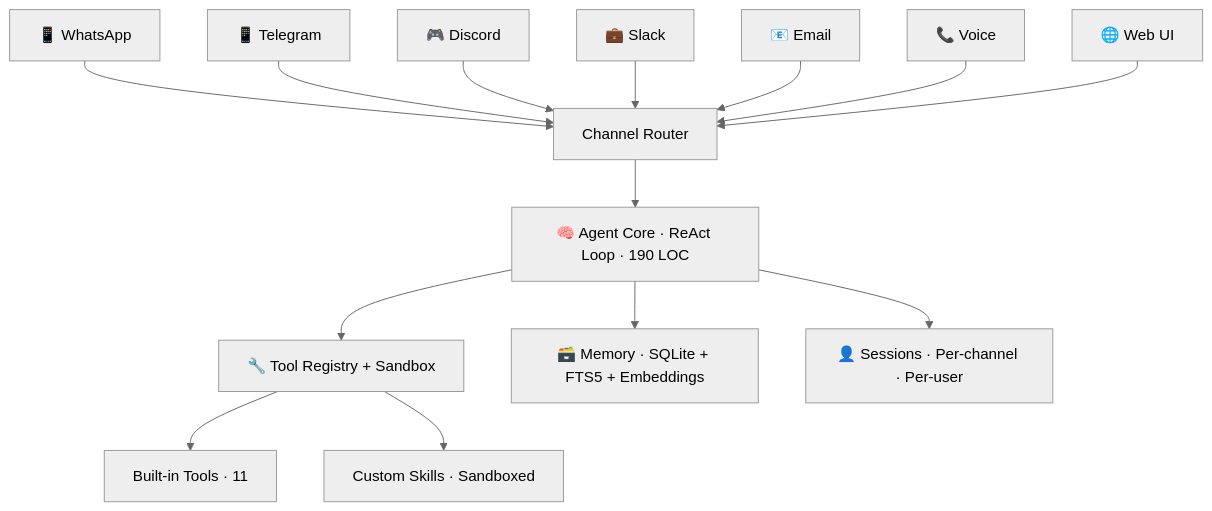
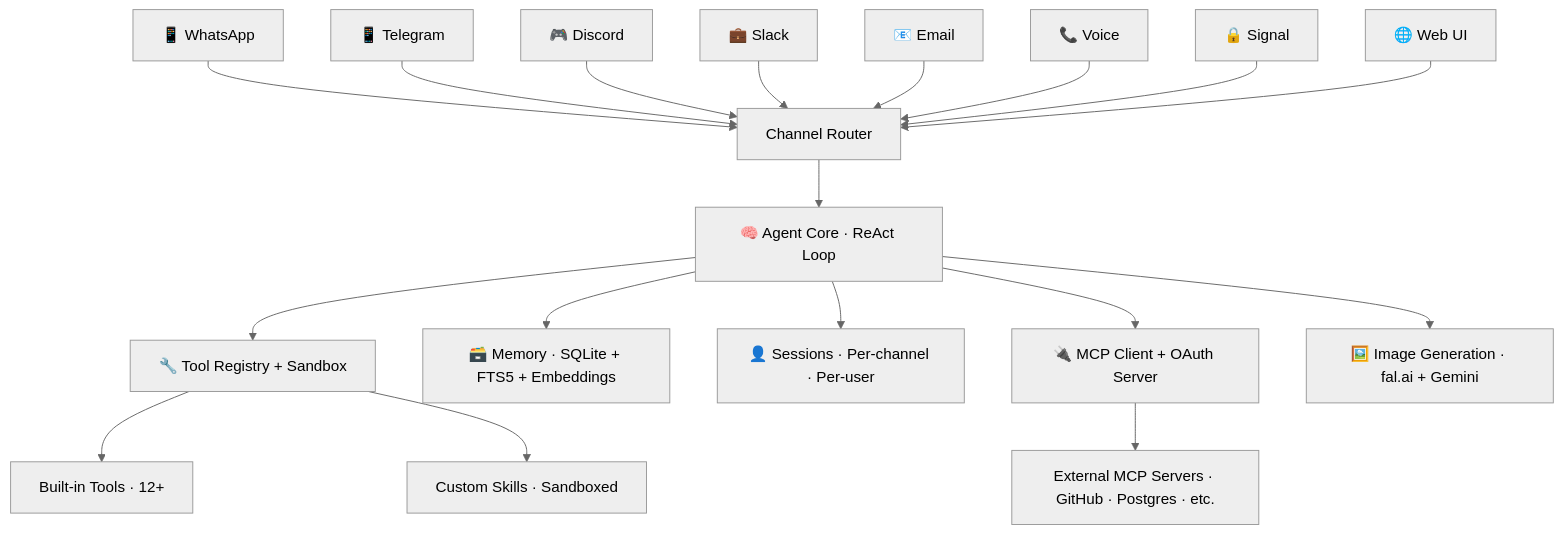
Before and after one commit to pincerhq/pincer: the diagram in README.md, drawn with Mermaid (neutral theme). The commit also changed other lines of this file, not shown here.

````diff
--- a/README.md
+++ b/README.md
@@ -394,19 +480,23 @@
 ```mermaid
 graph TD
-    WA[📱 WhatsApp] --> CR[Channel Router]
-    TG[📱 Telegram] --> CR
-    DC[🎮 Discord] --> CR
-    SL[💼 Slack] --> CR
-    EM[📧 Email] --> CR
-    VC[📞 Voice] --> CR
-    WB[🌐 Web UI] --> CR
+    WA[📱 WhatsApp] --> CR[Channel Router]
+    TG[📱 Telegram] --> CR
+    DC[🎮 Discord] --> CR
+    SL[💼 Slack] --> CR
+    EM[📧 Email] --> CR
+    VC[📞 Voice] --> CR
+    SG[🔒 Signal] --> CR
+    WB[🌐 Web UI] --> CR
 
-    CR --> AC[🧠 Agent Core · ReAct Loop · 190 LOC]
+    CR --> AC[🧠 Agent Core · ReAct Loop]
 
-    AC --> TR[🔧 Tool Registry + Sandbox]
-    AC --> MM[🗃️ Memory · SQLite + FTS5 + Embeddings]
-    AC --> SS[👤 Sessions · Per-channel · Per-user]
+    AC --> TR[🔧 Tool Registry + Sandbox]
+    AC --> MM[🗃️ Memory · SQLite + FTS5 + Embeddings]
+    AC --> SS[👤 Sessions · Per-channel · Per-user]
+    AC --> MCP[🔌 MCP Client + OAuth Server]
+    AC --> IMG[🖼️ Image Generation · fal.ai + Gemini]
 
-    TR --> BT[Built-in Tools · 11]
-    TR --> SK[Custom Skills · Sandboxed]
+    TR --> BT[Built-in Tools · 12+]
+    TR --> SK[Custom Skills · Sandboxed]
+    MCP --> EXT[External MCP Servers · GitHub · Postgres · etc.]
 ```
````
